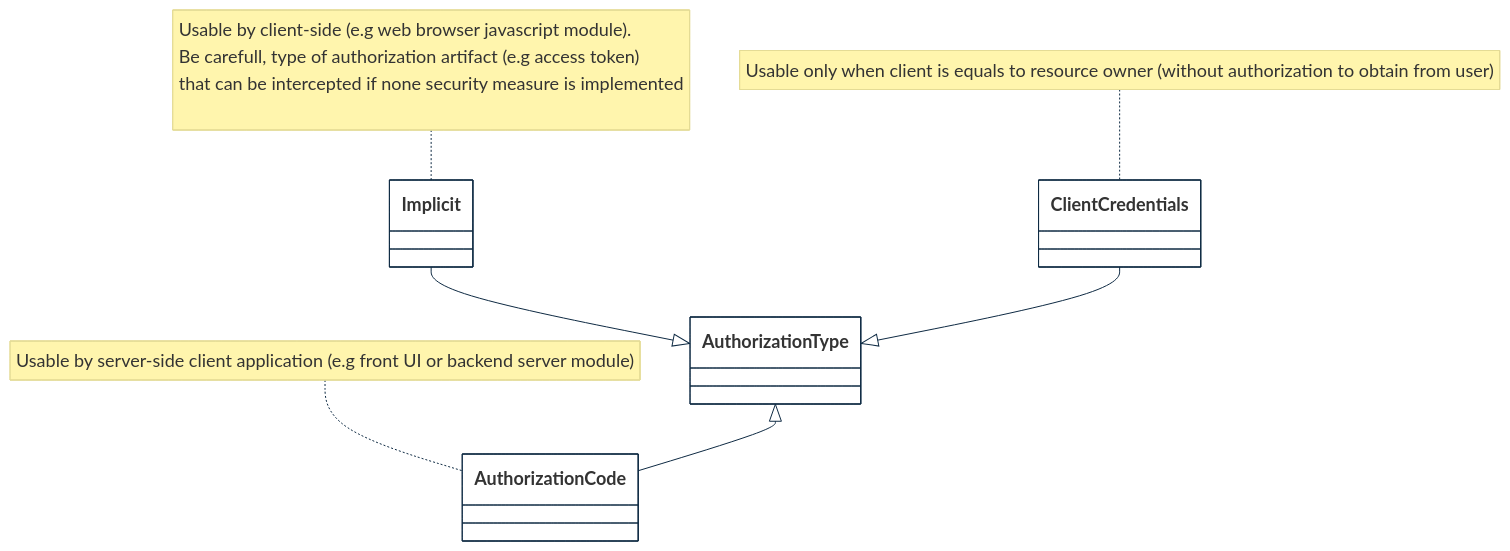
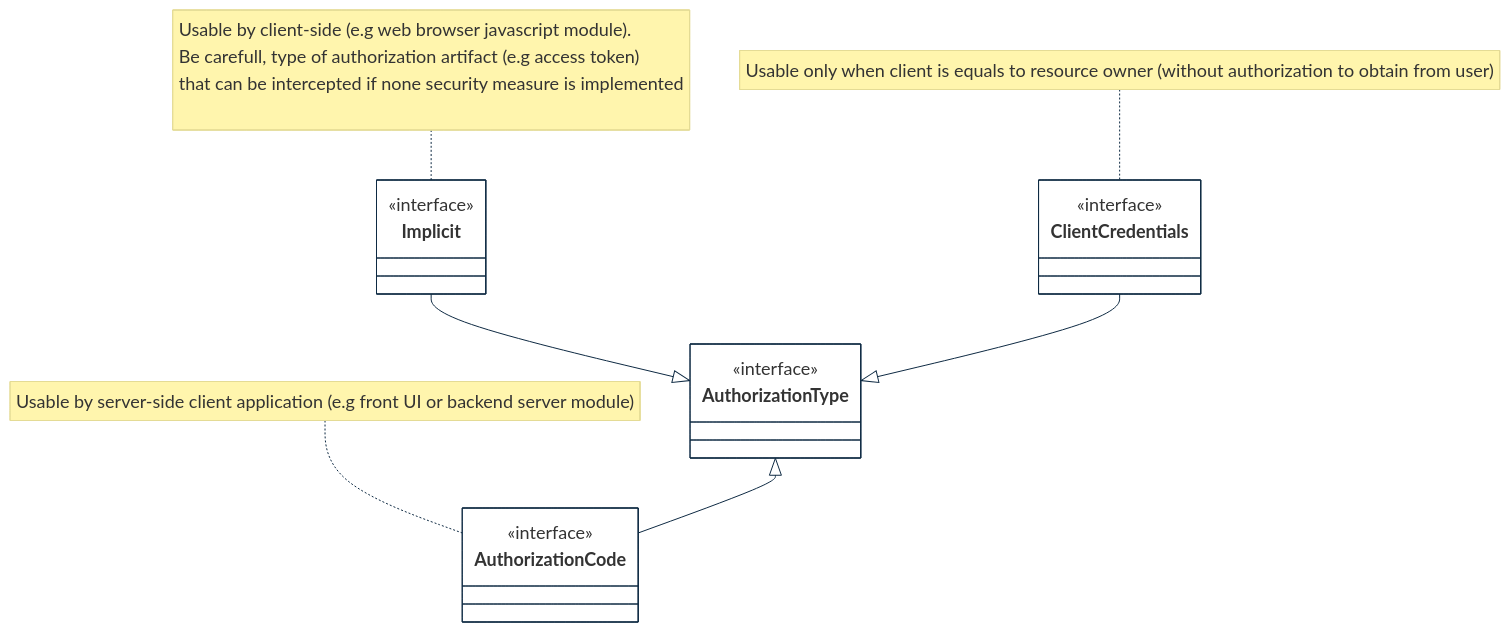
The second of 2 diagrams in docs/implementation-view/information-flow-enforcement.md (cybnity/domain-access-control), drawn with Mermaid before and after one commit. The commit also changed other lines of this file and 6 other files, not shown here.

Commit message:
AC-4 information flow enforcement source codes

````diff
--- a/docs/implementation-view/information-flow-enforcement.md
+++ b/docs/implementation-view/information-flow-enforcement.md
@@ -52,41 +53,45 @@
 ```mermaid
 %%{
   init: {
     'theme': 'base',
     'themeVariables': {
         'background': '#ffffff',
         'fontFamily': 'arial',
         'fontSize': '18px',
         'primaryColor': '#fff',
         'primaryBorderColor': '#0e2a43',
         'secondaryBorderColor': '#0e2a43',
         'tertiaryBorderColor': '#0e2a43',
         'edgeLabelBackground':'#0e2a43',
         'lineColor': '#0e2a43',
         'tertiaryColor': '#fff'
     },
     'sequence': {
 		'mirrorActors': false
     }
   }
 }%%
 
 classDiagram
   AuthorizationType <|-- AuthorizationCode
   Implicit --|> AuthorizationType
   ClientCredentials --|> AuthorizationType
 
   note for AuthorizationCode "Usable by server-side client application (e.g front UI or backend server module)"
   note for ClientCredentials "Usable only when client is equals to resource owner (without authorization to obtain from user)"
   note for Implicit "Usable by client-side (e.g web browser javascript module).<br>Be carefull, type of authorization artifact (e.g access token)<br>that can be intercepted if none security measure is implemented<br><br>"
 
   class AuthorizationType {
+    <<interface>>
   }
   class AuthorizationCode {
+    <<interface>>
   }
   class Implicit {
+    <<interface>>
   }
   class ClientCredentials {
+    <<interface>>
   }
 
 ```
````
